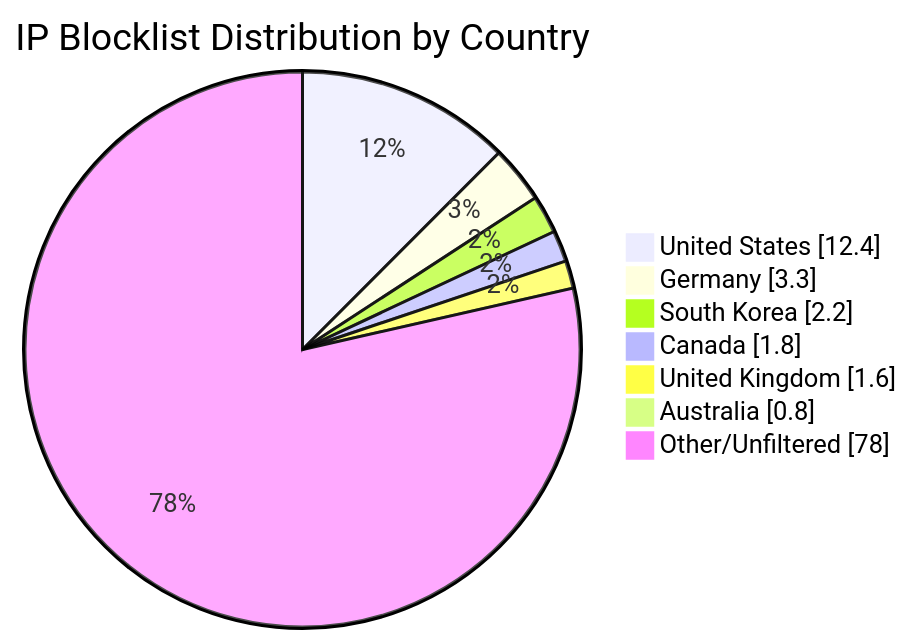
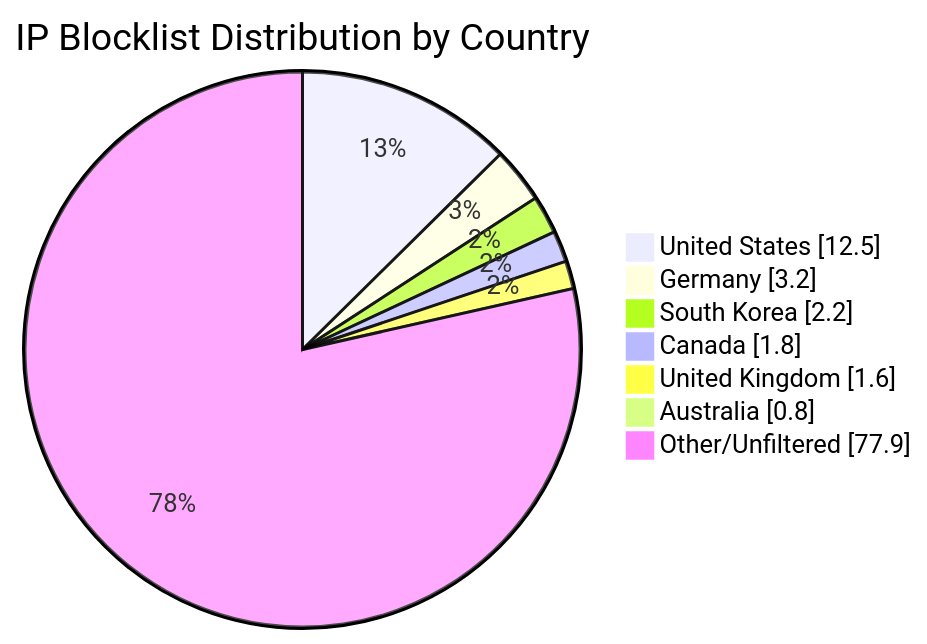
One commit to MarcusHoltz/ipblocklist-geofiltered-aggregator changed the diagram in README.md. Above: the diagram before and after it, drawn with Mermaid. The commit also changed other lines of this file and 9 other files, not shown here.

````diff
--- a/README.md
+++ b/README.md
@@ -34,10 +34,10 @@
 ```mermaid
 pie showData title IP Blocklist Distribution by Country
-"United States" : 12.4
-"Germany" : 3.3
+"United States" : 12.5
+"Germany" : 3.2
 "South Korea" : 2.2
 "Canada" : 1.8
 "United Kingdom" : 1.6
 "Australia" : 0.8
-"Other/Unfiltered" : 78.0
+"Other/Unfiltered" : 77.9
 ```
````
